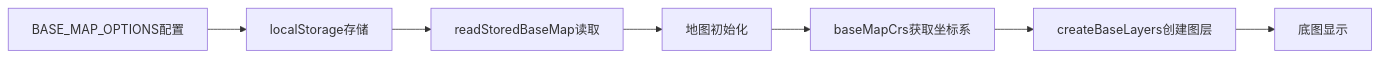
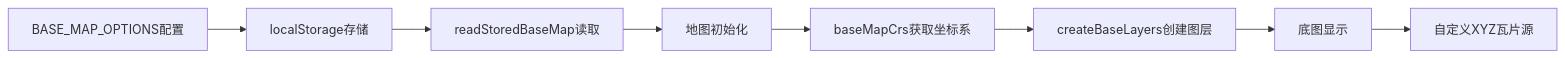
One commit to q446328246/agri-platform changed the fourth of 9 diagrams in .qoder/repowiki/zh/content/前端应用文档/地图可视化.md. Above: the diagram before and after it, drawn with Mermaid. The commit also changed other lines of this file and 44 other files, not shown here.

Commit message:
docs: 同步 repowiki 知识卡片与地图可视化文档重生成结果

````diff
--- a/.qoder/repowiki/zh/content/前端应用文档/地图可视化.md
+++ b/.qoder/repowiki/zh/content/前端应用文档/地图可视化.md
@@ -254,9 +294,10 @@
 ```mermaid
 flowchart LR
 Config["BASE_MAP_OPTIONS配置"] --> Storage["localStorage存储"]
 Storage --> Read["readStoredBaseMap读取"]
 Read --> Init["地图初始化"]
 Init --> CRS["baseMapCrs获取坐标系"]
 CRS --> Layers["createBaseLayers创建图层"]
 Layers --> Display["底图显示"]
+Display --> CustomSource["自定义XYZ瓦片源"]
 ```
````
